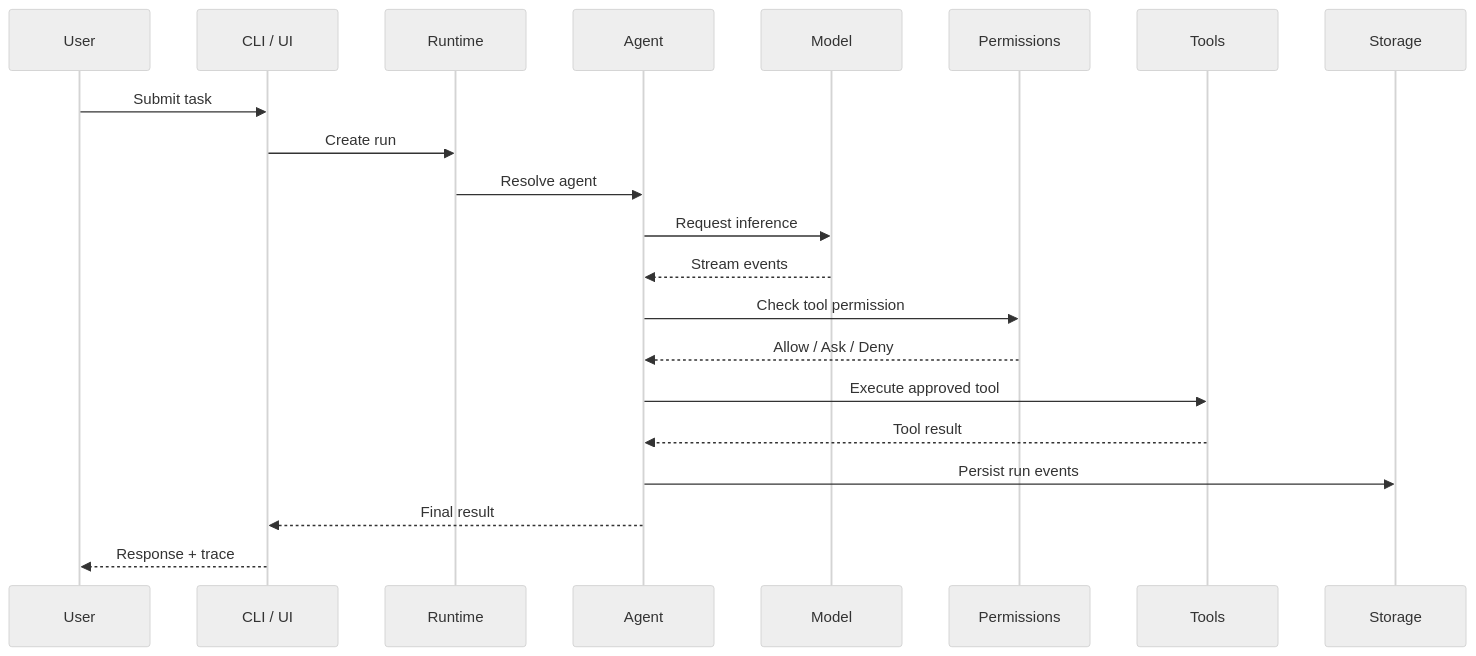
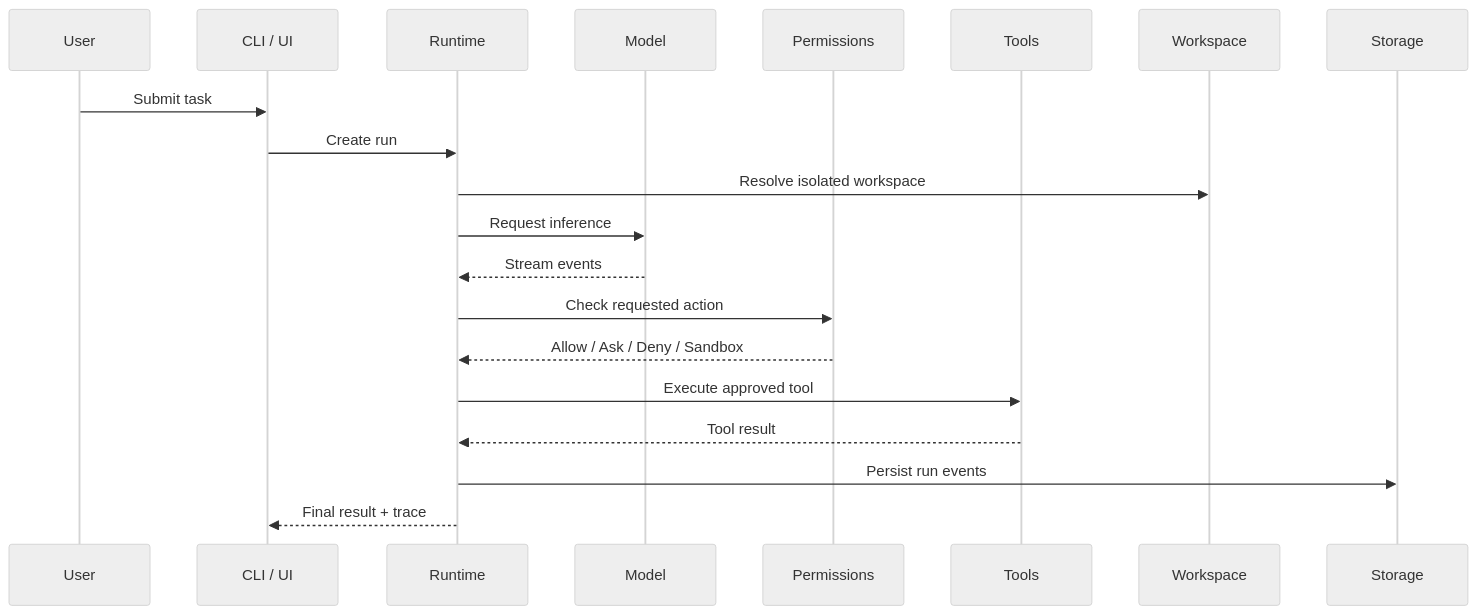
Before and after one commit to timothynn/Nexus: the fourth of 4 diagrams in README.md, drawn with Mermaid (neutral theme). The commit also changed other lines of this file, not shown here.

Commit message:
docs: update README with implemented model, tool, permission, and worktree features

````diff
--- a/README.md
+++ b/README.md
@@ -166,24 +247,23 @@
 ```mermaid
 sequenceDiagram
     participant U as User
     participant C as CLI / UI
     participant R as Runtime
-    participant A as Agent
     participant M as Model
     participant P as Permissions
     participant T as Tools
+    participant W as Workspace
     participant S as Storage
 
     U->>C: Submit task
     C->>R: Create run
-    R->>A: Resolve agent
-    A->>M: Request inference
-    M-->>A: Stream events
-    A->>P: Check tool permission
-    P-->>A: Allow / Ask / Deny
-    A->>T: Execute approved tool
-    T-->>A: Tool result
-    A->>S: Persist run events
-    A-->>C: Final result
-    C-->>U: Response + trace
+    R->>W: Resolve isolated workspace
+    R->>M: Request inference
+    M-->>R: Stream events
+    R->>P: Check requested action
+    P-->>R: Allow / Ask / Deny / Sandbox
+    R->>T: Execute approved tool
+    T-->>R: Tool result
+    R->>S: Persist run events
+    R-->>C: Final result + trace
 ```
````
